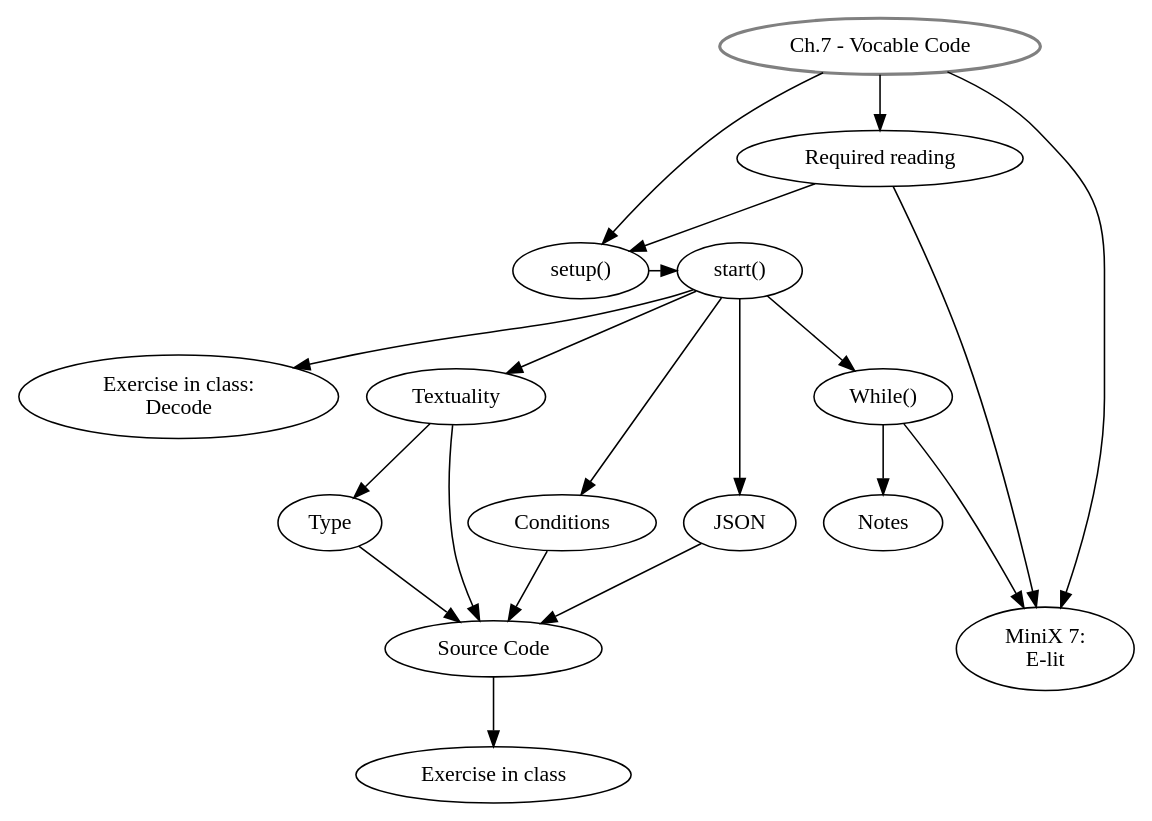
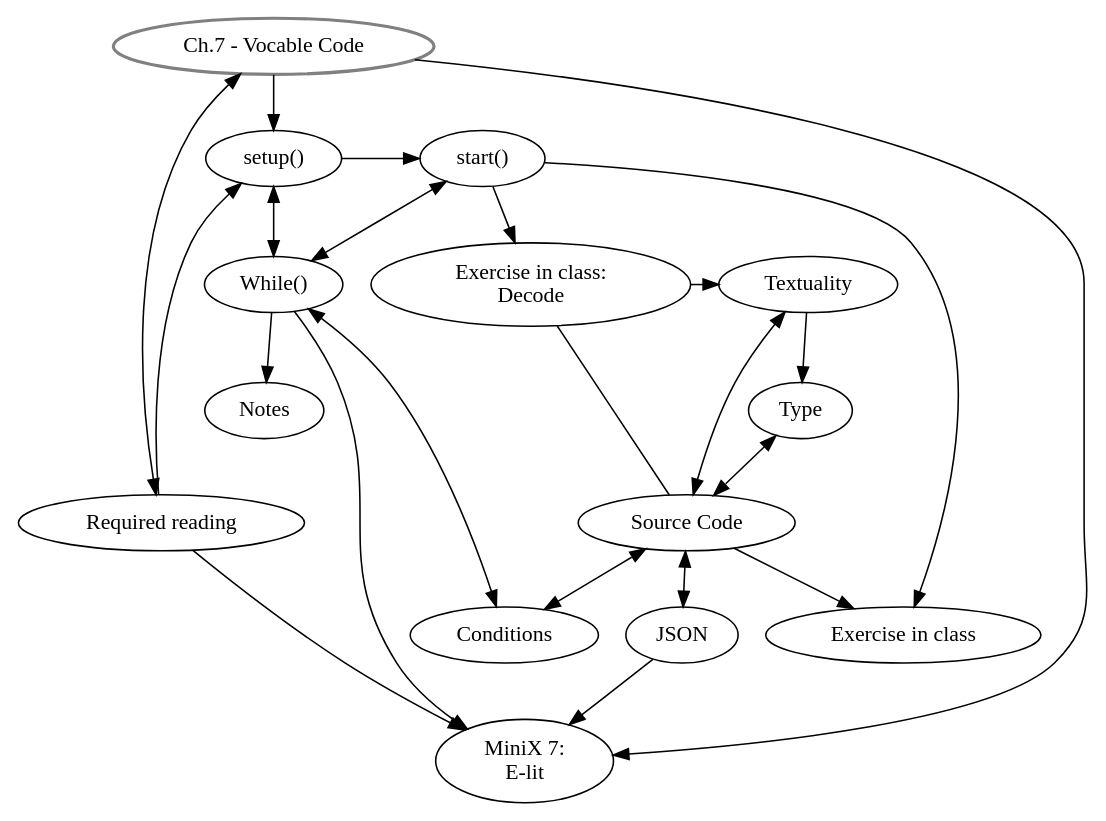
Before and after one commit to danbz/aesthetic-programming: the diagram in graphviz/AP_ch7.dot, drawn with Graphviz. The commit also changed 4 other files, not shown here.

```diff
--- a/graphviz/AP_ch7.dot
+++ b/graphviz/AP_ch7.dot
@@ -1,36 +1,45 @@
 digraph G {
 //labels
 GS [
 label="Ch.7 - Vocable Code",
 style=bold,
 color=grey,
 ]
 
 SU [label="setup()"]
 ST [label="start()"]
 DE [label="Exercise in class: \nDecode"]
 TX [label="Textuality"]
 TP [label="Type"]
 CO [label="Conditions"]
 JS [label="JSON"]
 SC [label="Source Code"]
 EiC [label="Exercise in class"]
 MW [label="While()"]
 MX [label="MiniX 7: \nE-lit"]
 RR [label="Required reading"]
 Notes [label="Notes"]
 
 //rank
 {rank = same; SU, ST}
-{rank = same; MX, SC}
+{rank = same; DE, TX}
+{rank = same; MW, DE}
+{rank = same; RR, SC}
 
 //graph
 GS -> SU -> ST -> DE;
-GS -> RR, MX;
+GS -> MX;
+GS -> RR[dir=both, minlen=2];
+SU -> MW [dir=both];
 RR -> MX, SU;
-ST -> TX -> TP;
-ST -> CO, JS;
-TX, TP, CO, JS -> SC -> EiC
-ST -> MW -> Notes;
-MW -> MX;
+DE -> TX -> TP;
+TX, TP -> SC[dir=both];
+SC -> EiC;
+SC -> CO, JS[dir=both];
+ST -> MW [dir=both];
+JS -> MX;
+MW -> MX, Notes;
+DE -> SC[dir=none];
+CO -> MW[dir=both];
+ST -> EiC;
 }
```
